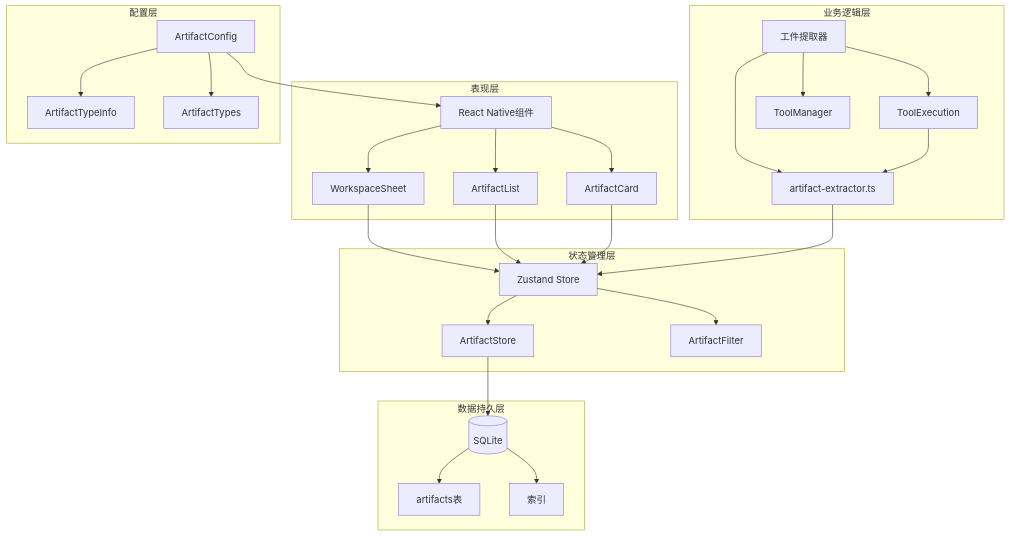
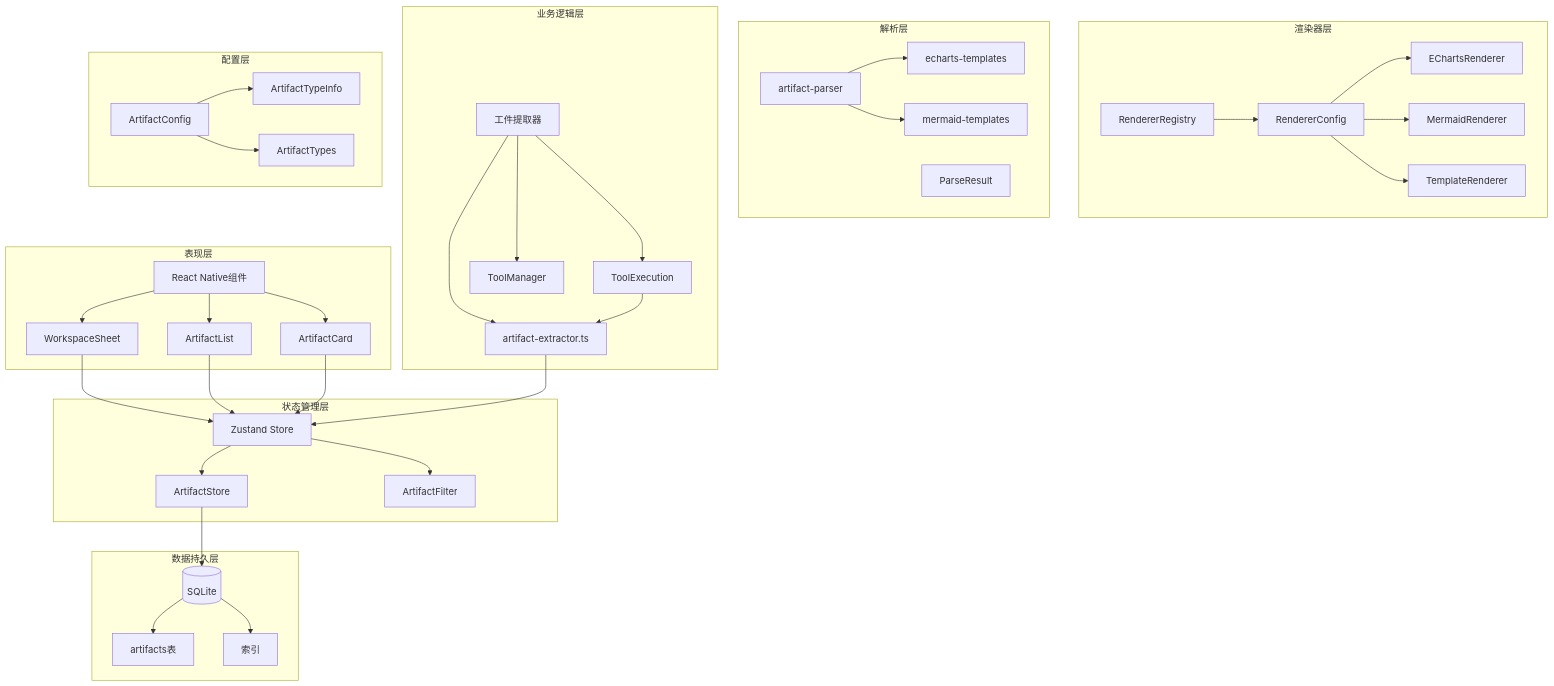
Before and after one commit to NarcisWL/Nexara: the fifth of 14 diagrams in .qoder/repowiki/zh/content/开发指南/知识管理系统/工件系统实现.md, drawn with Mermaid. The commit also changed other lines of this file and 4 other files, not shown here.

````diff
--- a/.qoder/repowiki/zh/content/开发指南/知识管理系统/工件系统实现.md
+++ b/.qoder/repowiki/zh/content/开发指南/知识管理系统/工件系统实现.md
@@ -167,37 +247,55 @@
 ```mermaid
 graph TB
 subgraph "表现层"
 UI[React Native组件]
 UI --> WS[WorkspaceSheet]
 UI --> AL[ArtifactList]
 UI --> AC[ArtifactCard]
+end
+subgraph "渲染器层"
+RR[RendererRegistry]
+RC[RendererConfig]
+ER[EChartsRenderer]
+MR[MermaidRenderer]
+TR[TemplateRenderer]
+end
+subgraph "解析层"
+AP[artifact-parser]
+PR[ParseResult]
+ET[echarts-templates]
+MT[mermaid-templates]
 end
 subgraph "业务逻辑层"
 BL[工件提取器]
 BL --> AE[artifact-extractor.ts]
 BL --> TS[ToolExecution]
 BL --> TM[ToolManager]
 end
 subgraph "状态管理层"
 ZS[Zustand Store]
 ZS --> AS[ArtifactStore]
 ZS --> AF[ArtifactFilter]
 end
 subgraph "数据持久层"
 DB[(SQLite)]
 DB --> ART[artifacts表]
 DB --> IDX[索引]
 end
 subgraph "配置层"
 CFG[ArtifactConfig]
 CFG --> ATC[ArtifactTypeInfo]
 CFG --> AT[ArtifactTypes]
 end
 WS --> ZS
 AL --> ZS
 AC --> ZS
 AE --> ZS
 TS --> AE
 AS --> DB
-CFG --> UI
+RR --> RC
+RC --> ER
+RC --> MR
+RC --> TR
+AP --> ET
+AP --> MT
 ```
````
